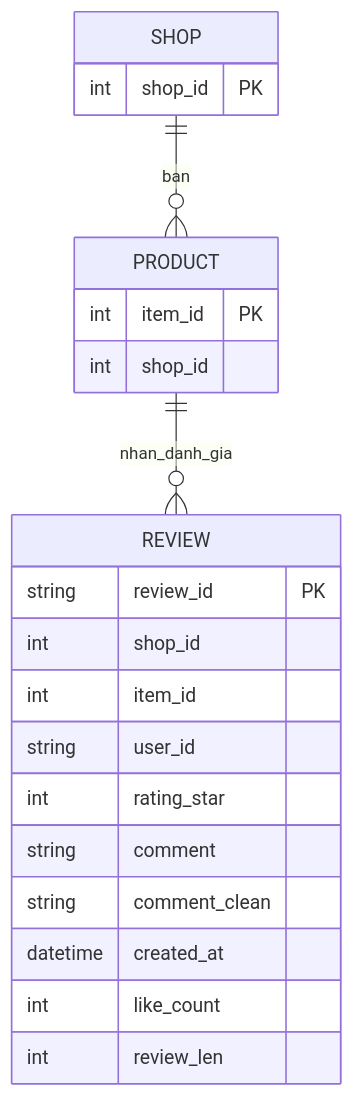
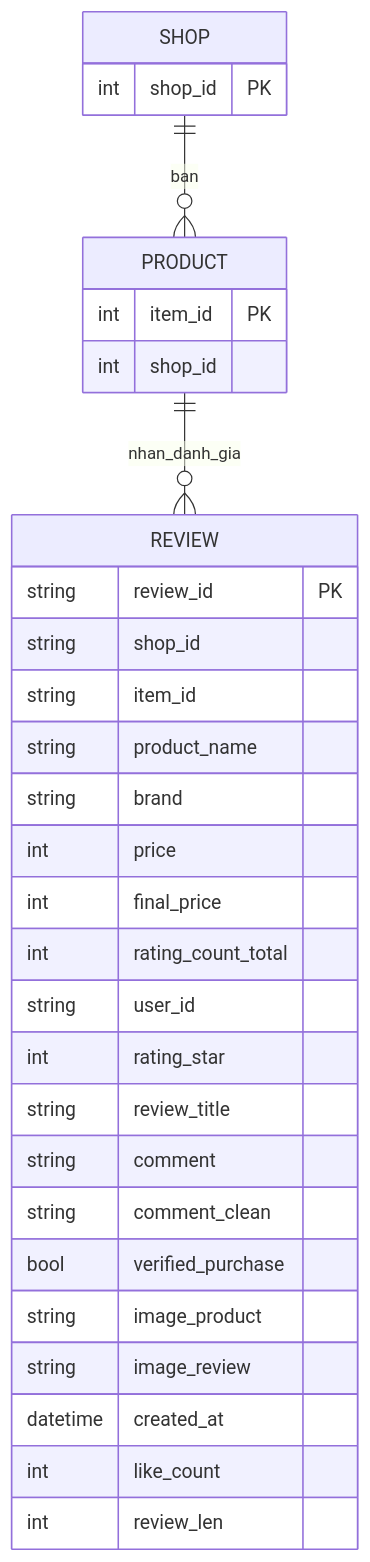
Before and after one commit to CodeingOver/KTLTTrongPTDL: the third of 3 diagrams in docs/architecture.md, drawn with Mermaid. The commit also changed other lines of this file and 14 other files, not shown here.

````diff
--- a/docs/architecture.md
+++ b/docs/architecture.md
@@ -109,27 +109,36 @@
 ```mermaid
 erDiagram
     REVIEW {
         string review_id PK
-        int shop_id
-        int item_id
+      string shop_id
+      string item_id
+      string product_name
+      string brand
+      int price
+      int final_price
+      int rating_count_total
         string user_id
         int rating_star
+      string review_title
         string comment
         string comment_clean
+      bool verified_purchase
+      string image_product
+      string image_review
         datetime created_at
         int like_count
         int review_len
     }
 
     PRODUCT {
         int item_id PK
         int shop_id
     }
 
     SHOP {
         int shop_id PK
     }
 
     SHOP ||--o{ PRODUCT : "ban"
     PRODUCT ||--o{ REVIEW : "nhan_danh_gia"
 ```
````
